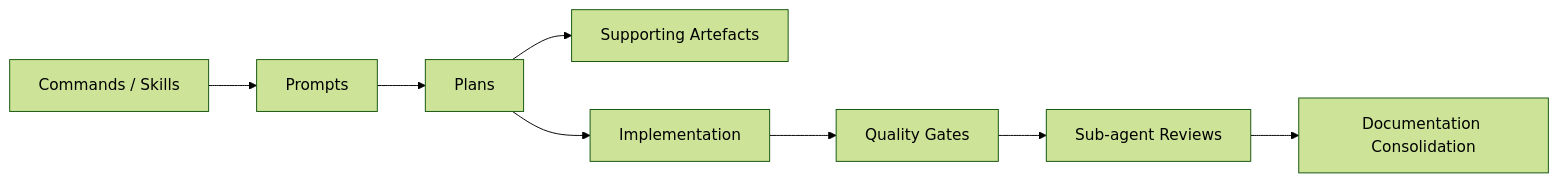
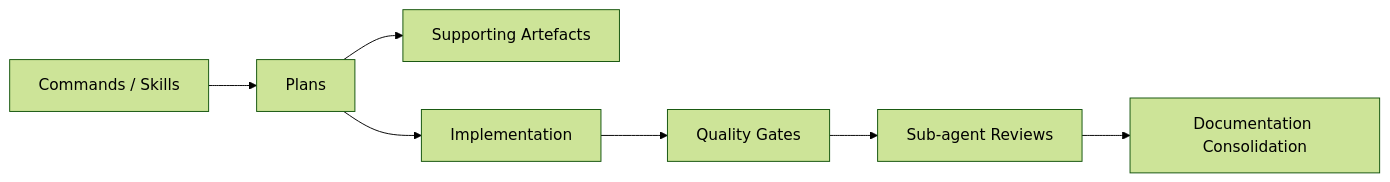
Before and after one commit to jimCresswell/jimcresswell.net: the third of 3 diagrams in .agent/practice-core/practice.md, drawn with Mermaid (forest theme). The commit also changed other lines of this file and 560 other files, not shown here.

````diff
--- a/.agent/practice-core/practice.md
+++ b/.agent/practice-core/practice.md
@@ -196,10 +224,9 @@
 ```mermaid
 graph LR
-    CMD[Commands / Skills] --> PROMPT[Prompts]
-    PROMPT --> PLAN[Plans]
+    CMD[Commands / Skills] --> PLAN[Plans]
     PLAN --> SUPP[Supporting Artefacts]
     PLAN --> WORK[Implementation]
     WORK --> QG[Quality Gates]
     QG --> REVIEW[Sub-agent Reviews]
     REVIEW --> CONSOL[Documentation Consolidation]
 ```
````
